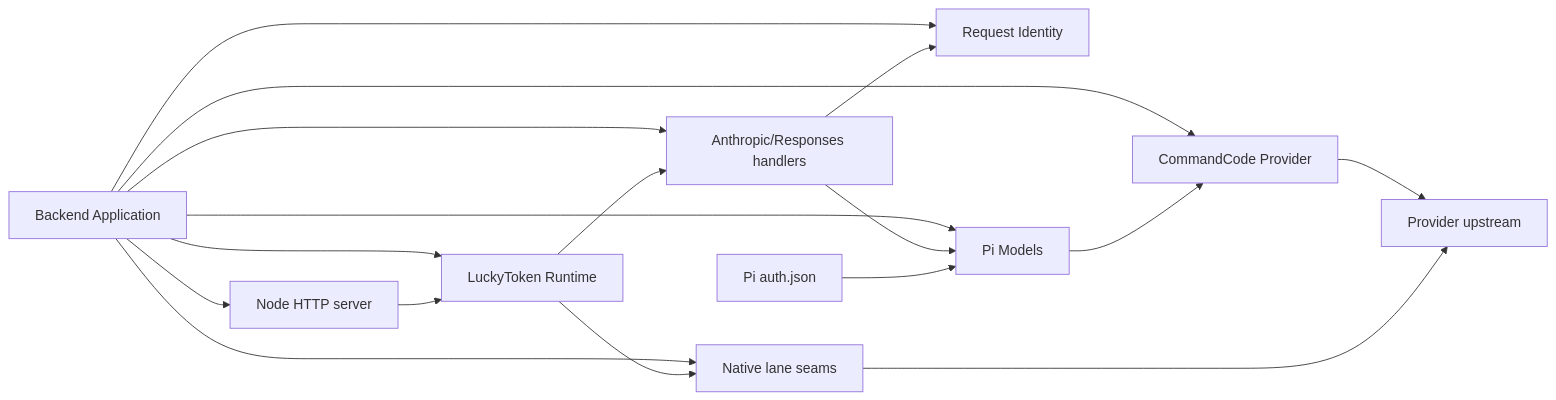
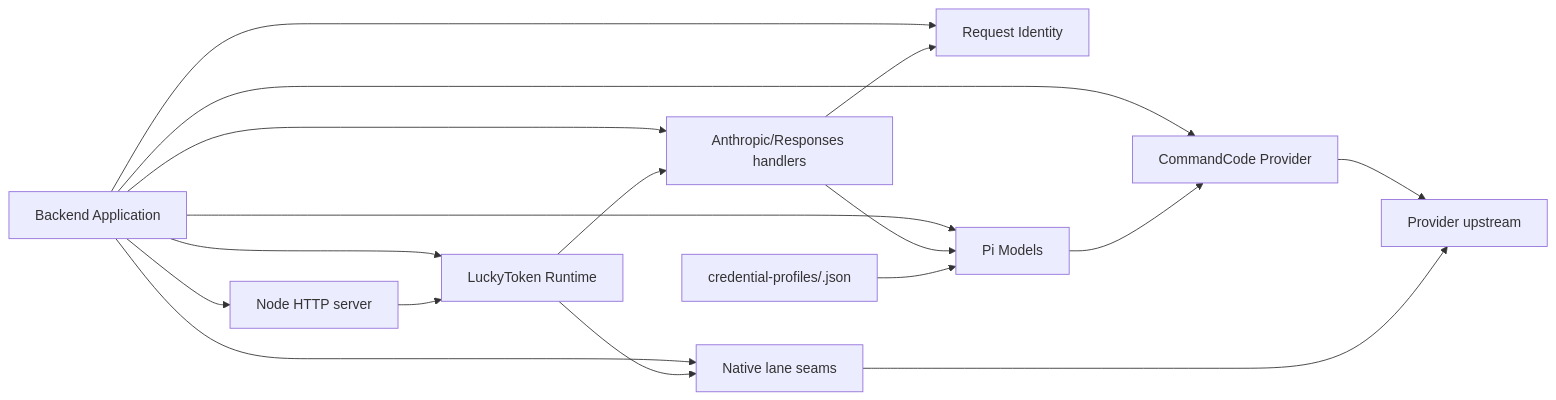
The fourth of 19 diagrams in doc/LuckyTokenArchitecture.md (keeplearning2026/LuckyToken), drawn with Mermaid before and after one commit. The commit also changed other lines of this file and 130 other files, not shown here.

Commit message:
feat: add provider credential profiles

````diff
--- a/doc/LuckyTokenArchitecture.md
+++ b/doc/LuckyTokenArchitecture.md
@@ -271,20 +271,20 @@
 ```mermaid
 flowchart LR
     APP["Backend Application"] --> Server["Node HTTP server"]
     APP --> Runtime["LuckyToken Runtime"]
     APP --> AH["Anthropic/Responses handlers"]
     APP --> Identity["Request Identity"]
     APP --> Models["Pi Models"]
     APP --> CCP["CommandCode Provider"]
     APP --> Native["Native lane seams"]
 
     Server --> Runtime
     Runtime --> AH
     AH --> Identity
     AH --> Models
     Models --> CCP
     Runtime --> Native
     CCP --> Upstream["Provider upstream"]
     Native --> Upstream
-    PiAuth["Pi auth.json"] --> Models
+    Profiles["credential-profiles/<provider>.json"] --> Models
 ```
````
